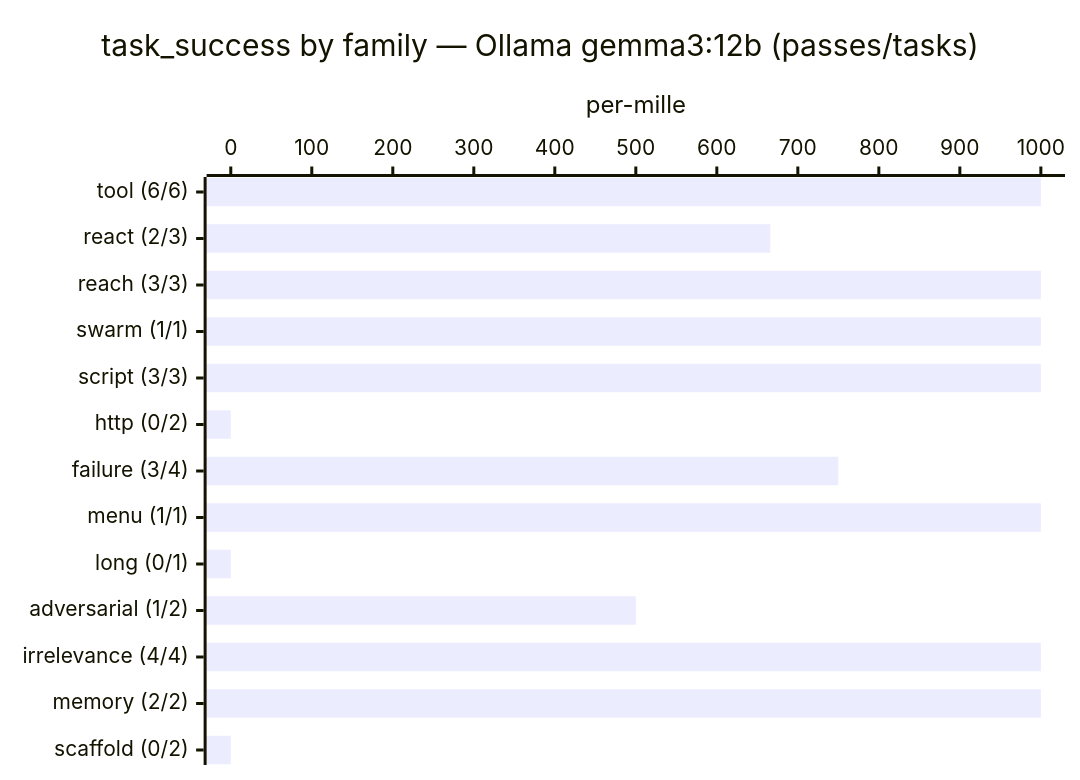
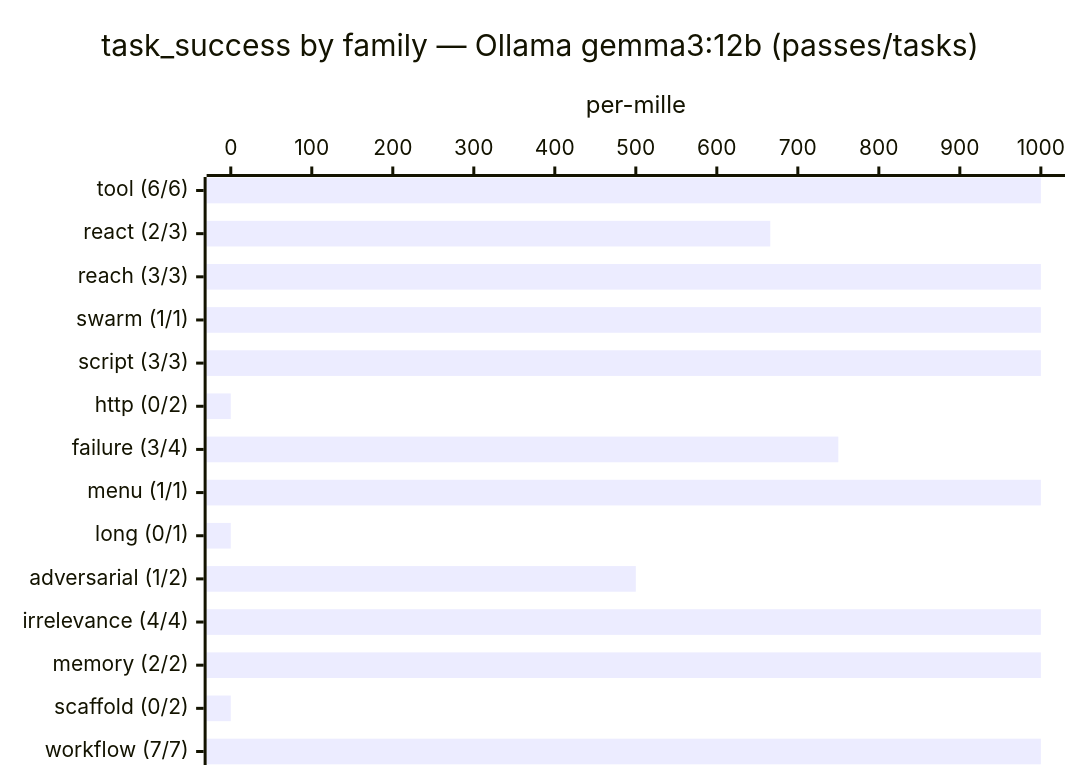
Before and after one commit to Kortecx/kortecx: the first of 2 diagrams in README.md, drawn with Mermaid. The commit also changed other lines of this file and 91 other files, not shown here.

````diff
--- a/README.md
+++ b/README.md
@@ -308,7 +309,7 @@
 ```mermaid
 xychart-beta horizontal
     title "task_success by family — Ollama gemma3:12b (passes/tasks)"
-    x-axis ["tool (6/6)", "react (2/3)", "reach (3/3)", "swarm (1/1)", "script (3/3)", "http (0/2)", "failure (3/4)", "menu (1/1)", "long (0/1)", "adversarial (1/2)", "irrelevance (4/4)", "memory (2/2)", "scaffold (0/2)"]
+    x-axis ["tool (6/6)", "react (2/3)", "reach (3/3)", "swarm (1/1)", "script (3/3)", "http (0/2)", "failure (3/4)", "menu (1/1)", "long (0/1)", "adversarial (1/2)", "irrelevance (4/4)", "memory (2/2)", "scaffold (0/2)", "workflow (7/7)"]
     y-axis "per-mille" 0 --> 1000
-    bar [1000, 666, 1000, 1000, 1000, 0, 750, 1000, 0, 500, 1000, 1000, 0]
+    bar [1000, 666, 1000, 1000, 1000, 0, 750, 1000, 0, 500, 1000, 1000, 0, 1000]
 ```
````
